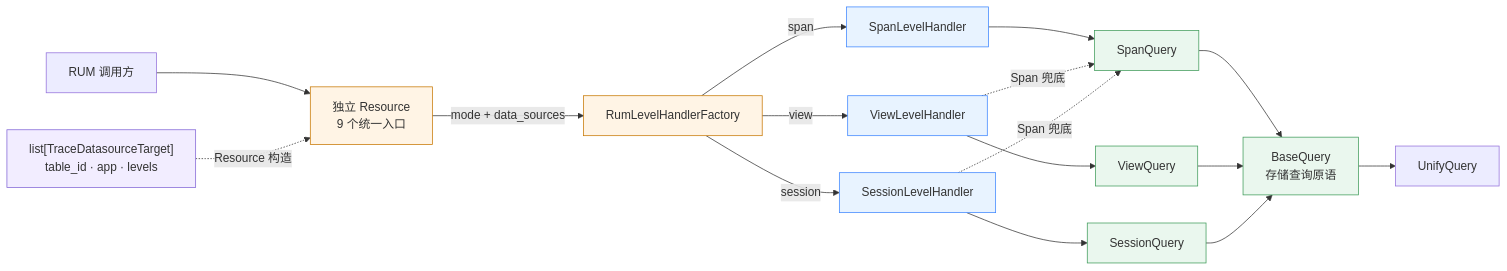
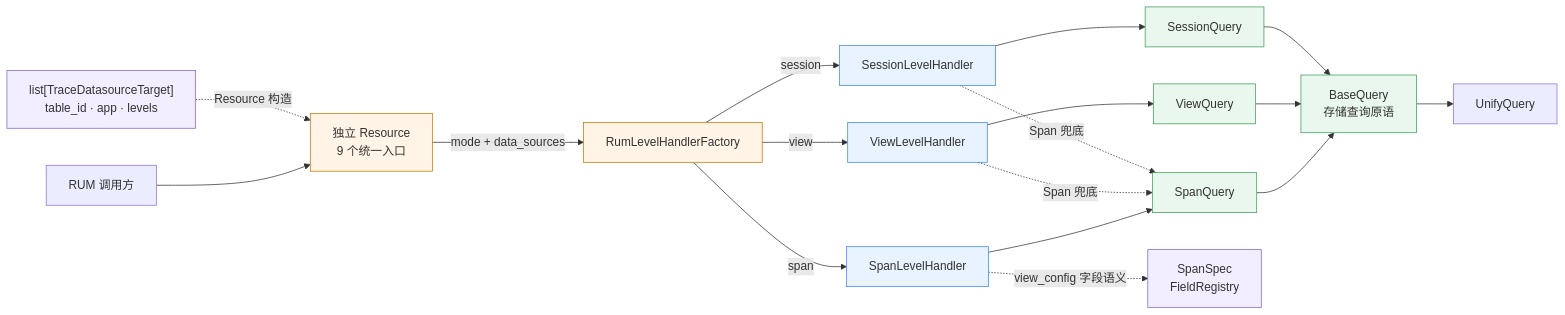
Before and after one commit to ZhuoZhuoCrayon/ai-workspace: the first of 4 diagrams in knowledge/bkmonitor/issues/2026-08-07-rum-unified-query/PLAN.md, drawn with Mermaid. The commit also changed other lines of this file and 3 other files, not shown here.

````diff
--- a/knowledge/bkmonitor/issues/2026-08-07-rum-unified-query/PLAN.md
+++ b/knowledge/bkmonitor/issues/2026-08-07-rum-unified-query/PLAN.md
@@ -46,32 +46,34 @@
 ```mermaid
 flowchart LR
     Client["RUM 调用方"] --> Resource["独立 Resource<br/>9 个统一入口"]
     Resource -- "mode + data_sources" --> Factory["RumLevelHandlerFactory"]
 
     Factory -- "span" --> SpanLevel["SpanLevelHandler"]
     Factory -- "view" --> ViewLevel["ViewLevelHandler"]
     Factory -- "session" --> SessionLevel["SessionLevelHandler"]
 
     SpanLevel --> SpanQuery["SpanQuery"]
     ViewLevel --> ViewQuery["ViewQuery"]
     ViewLevel -. "Span 兜底" .-> SpanQuery
     SessionLevel --> SessionQuery["SessionQuery"]
     SessionLevel -. "Span 兜底" .-> SpanQuery
+    SpanLevel -. "view_config 字段语义" .-> SpanSpec["SpanSpec<br/>FieldRegistry"]
 
     SpanQuery --> BaseQuery["BaseQuery<br/>存储查询原语"]
     ViewQuery --> BaseQuery
     SessionQuery --> BaseQuery
     BaseQuery --> UQ["UnifyQuery"]
 
     Target["list[TraceDatasourceTarget]<br/>table_id · app · levels"] -. "Resource 构造" .-> Resource
 
     classDef api fill:#FFF4E5,stroke:#C77700,color:#333;
     classDef level fill:#E8F3FF,stroke:#3A84FF,color:#333;
     classDef query fill:#EAF7EE,stroke:#3E9B59,color:#333;
     classDef target fill:#F2EDFF,stroke:#8064D6,color:#333;
 
     class Resource,Factory api;
     class SpanLevel,ViewLevel,SessionLevel level;
     class SpanQuery,ViewQuery,SessionQuery,BaseQuery query;
+    class SpanSpec target;
     class Target target;
 ```
````
